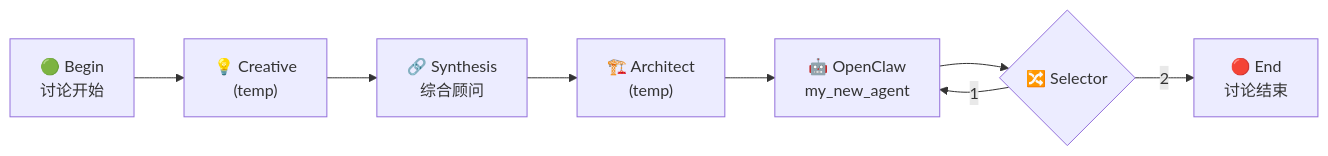
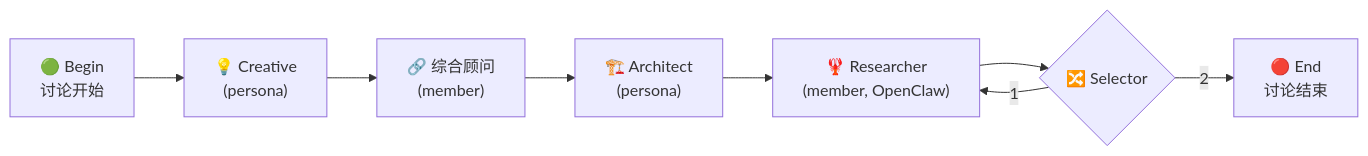
Before and after one commit to ClawCross/ClawCross: the diagram in docs/example_team.md, drawn with Mermaid. The commit also changed other lines of this file and 145 other files, not shown here.

````diff
--- a/docs/example_team.md
+++ b/docs/example_team.md
@@ -255,10 +121,10 @@
 ```mermaid
 graph LR
-    on7["🟢 Begin<br/>讨论开始"] --> on2["💡 Creative<br/>(temp)"]
-    on2 --> on1["🔗 Synthesis<br/>综合顾问"]
-    on1 --> on3["🏗️ Architect<br/>(temp)"]
-    on3 --> on4["🤖 OpenClaw<br/>my_new_agent"]
+    on7["🟢 Begin<br/>讨论开始"] --> on2["💡 Creative<br/>(persona)"]
+    on2 --> on1["🔗 综合顾问<br/>(member)"]
+    on1 --> on3["🏗️ Architect<br/>(persona)"]
+    on3 --> on4["🦞 Researcher<br/>(member, OpenClaw)"]
     on4 --> on5{"🔀 Selector"}
     on5 -->|"1"| on4
     on5 -->|"2"| on6["🔴 End<br/>讨论结束"]
 ```
````
